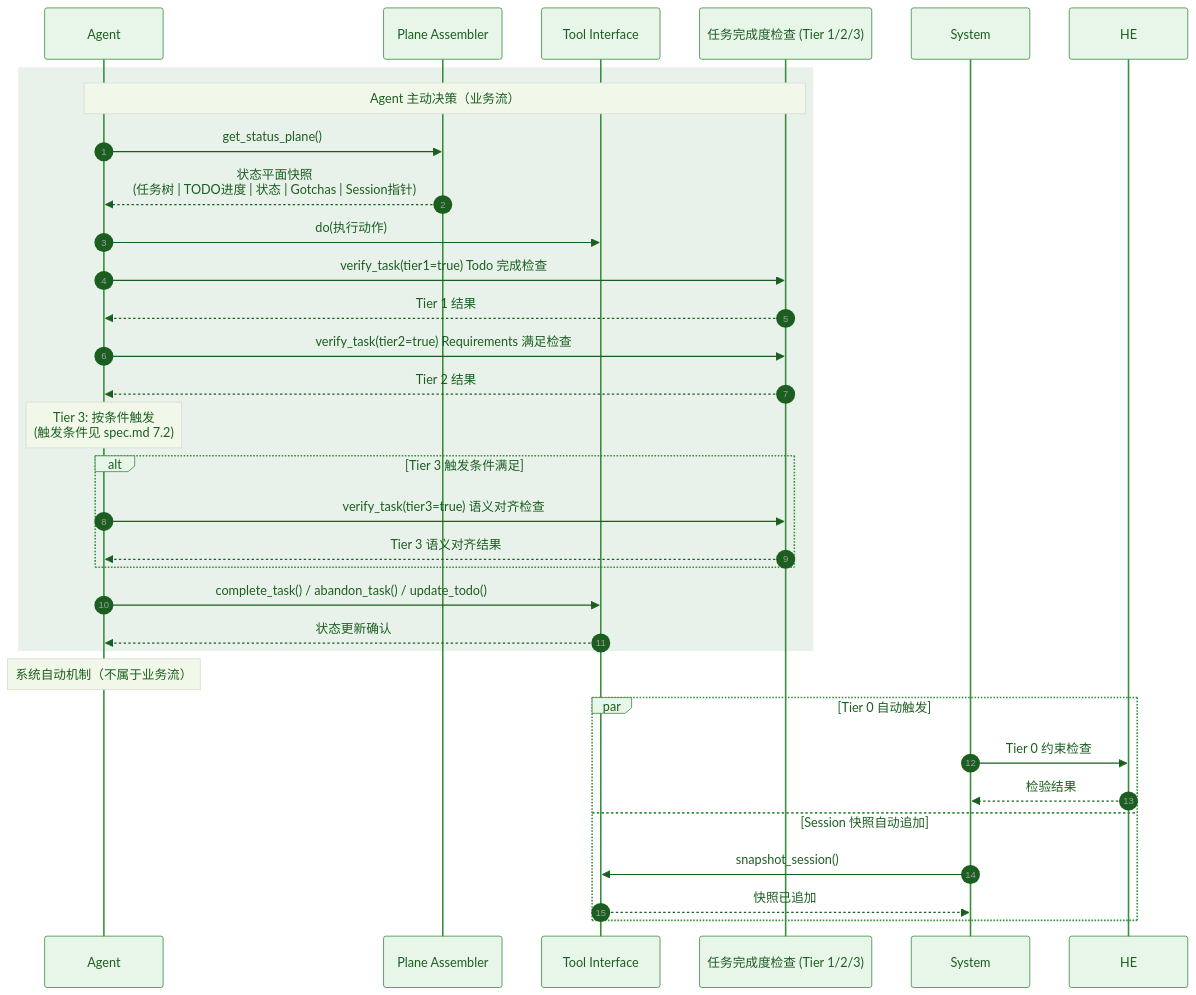
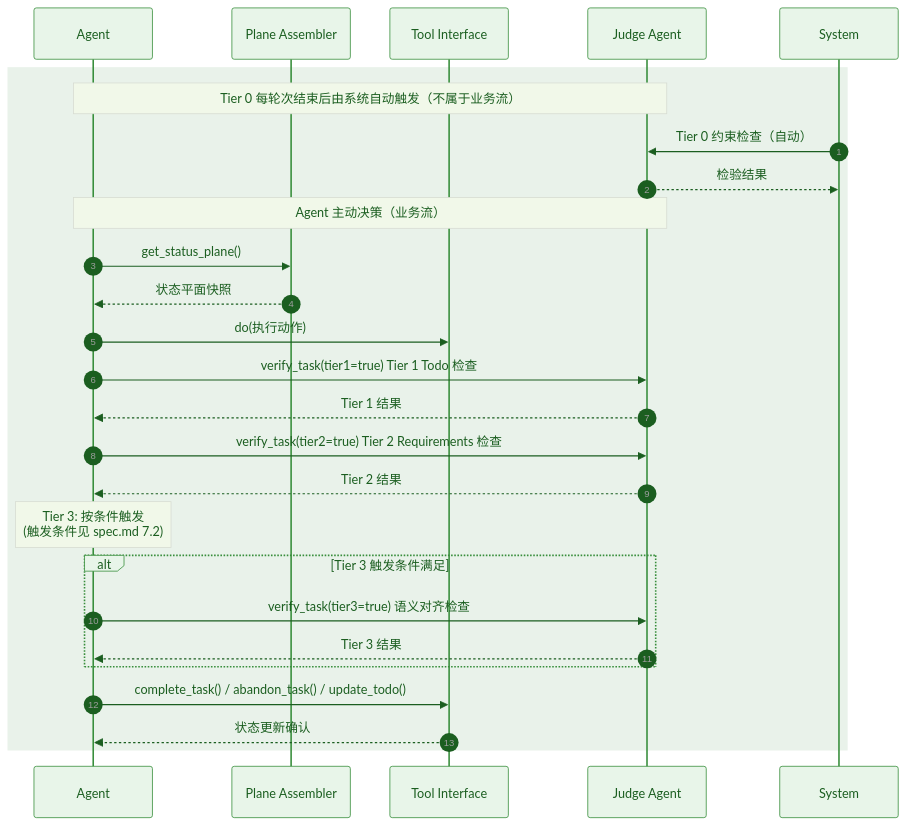
Before and after one commit to Lazyn0tBug/mem0ress: the third of 4 diagrams in docs/arch.md, drawn with Mermaid. The commit also changed other lines of this file and 2 other files, not shown here.

First line of the commit message:
docs: align mermaid stroke-width to 2px across spec and arch

````diff
--- a/docs/arch.md
+++ b/docs/arch.md
@@ -142,42 +188,37 @@
 ```mermaid
 %% label：Agent 驱动的业务闭环
 %%{ init: { 'theme': 'base', 'themeVariables': { 'primaryColor': '#e8f5e9', 'primaryTextColor': '#1b5e20', 'primaryBorderColor': '#388e3c', 'lineColor': '#616161', 'noteBkgColor': '#f1f8e9', 'noteTextColor': '#1b5e20' } } }%%
 sequenceDiagram
     autonumber
     participant Agent
     participant PA as Plane Assembler
     participant TI as Tool Interface
-    participant VC as 任务完成度检查 (Tier 1/2/3)
+    participant JA as Judge Agent
 
     rect rgba(46, 125, 50, 0.1)
-        Note over Agent,VC: Agent 主动决策（业务流）
+        Note over Agent,JA: Tier 0 每轮次结束后由系统自动触发（不属于业务流）
+        System->>JA: Tier 0 约束检查（自动）
+        JA-->>System: 检验结果
+
+        Note over Agent,JA: Agent 主动决策（业务流）
         Agent->>PA: get_status_plane()
-        PA-->>Agent: 状态平面快照<br/>(任务树 | TODO进度 | 状态 | Gotchas | Session指针)
+        PA-->>Agent: 状态平面快照
 
         Agent->>TI: do(执行动作)
 
-        Agent->>VC: verify_task(tier1=true) Todo 完成检查
-        VC-->>Agent: Tier 1 结果
+        Agent->>JA: verify_task(tier1=true) Tier 1 Todo 检查
+        JA-->>Agent: Tier 1 结果
 
-        Agent->>VC: verify_task(tier2=true) Requirements 满足检查
-        VC-->>Agent: Tier 2 结果
+        Agent->>JA: verify_task(tier2=true) Tier 2 Requirements 检查
+        JA-->>Agent: Tier 2 结果
 
         Note over Agent: Tier 3: 按条件触发<br/>(触发条件见 spec.md 7.2)
         alt Tier 3 触发条件满足
-            Agent->>VC: verify_task(tier3=true) 语义对齐检查
-            VC-->>Agent: Tier 3 语义对齐结果
+            Agent->>JA: verify_task(tier3=true) 语义对齐检查
+            JA-->>Agent: Tier 3 结果
         end
 
         Agent->>TI: complete_task() / abandon_task() / update_todo()
         TI-->>Agent: 状态更新确认
     end
-
-    Note over Agent: 系统自动机制（不属于业务流）
-    par Tier 0 自动触发
-        System->>HE: Tier 0 约束检查
-        HE-->>System: 检验结果
-    and Session 快照自动追加
-        System->>TI: snapshot_session()
-        TI-->>System: 快照已追加
-    end
 ```
````
